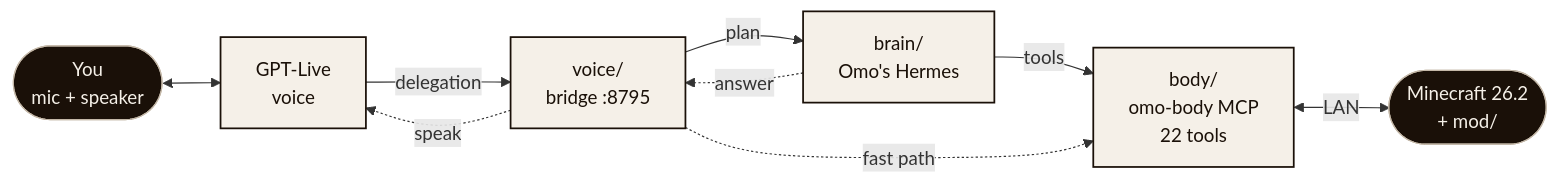
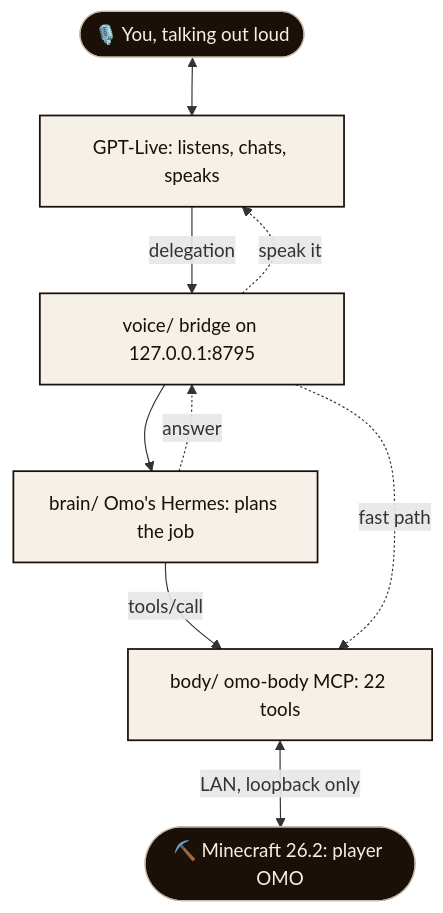
Before and after one commit to omoresearch/omo-brought-to-life: the diagram in README.md, drawn with Mermaid.

Commit message:
docs: compact architecture diagram

````diff
--- a/README.md
+++ b/README.md
@@ -124,23 +124,23 @@
 ```mermaid
-flowchart LR
-  YOU(["You<br/>mic + speaker"])
-  LIVE["GPT-Live<br/>voice"]
-  SRV["voice/<br/>bridge :8795"]
-  HER["brain/<br/>Omo's Hermes"]
-  BODY["body/<br/>omo-body MCP<br/>22 tools"]
-  MC(["Minecraft 26.2<br/>+ mod/"])
+flowchart TB
+  YOU(["🎙️ You, talking out loud"])
+  LIVE["GPT-Live: listens, chats, speaks"]
+  SRV["voice/ bridge on 127.0.0.1:8795"]
+  HER["brain/ Omo's Hermes: plans the job"]
+  BODY["body/ omo-body MCP: 22 tools"]
+  MC(["⛏️ Minecraft 26.2: player OMO"])
 
   YOU <--> LIVE
   LIVE -->|"delegation"| SRV
-  SRV -->|"plan"| HER
-  HER -->|"tools"| BODY
+  SRV --> HER
+  HER -->|"tools/call"| BODY
   SRV -.->|"fast path"| BODY
-  BODY <-->|"LAN"| MC
+  BODY <-->|"LAN, loopback only"| MC
   HER -.->|"answer"| SRV
-  SRV -.->|"speak"| LIVE
+  SRV -.->|"speak it"| LIVE
 
   classDef paper fill:#f5f0e8,stroke:#1a1008,color:#1a1008,stroke-width:1.5px
   classDef ink fill:#1a1008,stroke:#c4b8a8,color:#f5f0e8
   class LIVE,SRV,HER,BODY paper
   class YOU,MC ink
 ```
````
